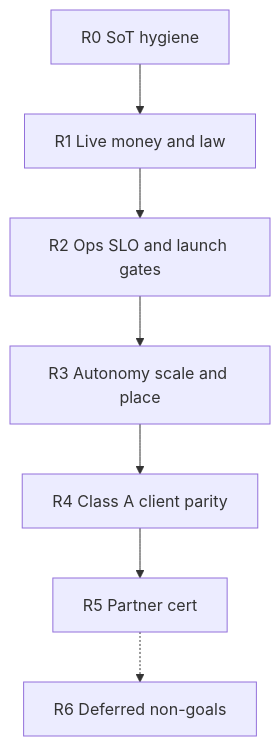
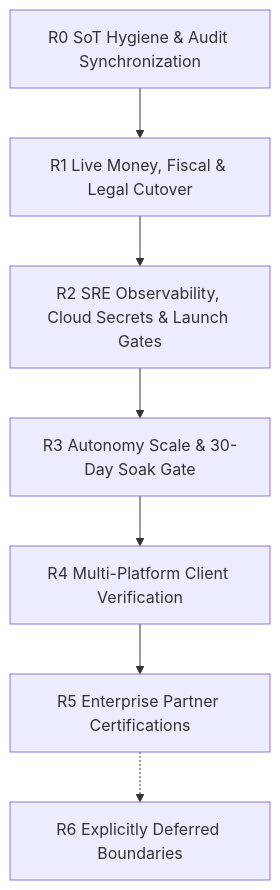
Before and after one commit to CYBERSTALKER07/ATOMOS: the diagram in pegasusX/docs/PROD_READINESS_SEQUENCE.md, drawn with Mermaid. The commit also changed other lines of this file and 463 other files, not shown here.

````diff
--- a/pegasusX/docs/PROD_READINESS_SEQUENCE.md
+++ b/pegasusX/docs/PROD_READINESS_SEQUENCE.md
@@ -11,13 +17,13 @@
 ```mermaid
 flowchart TD
-  R0[R0 SoT hygiene]
-  R1[R1 Live money and law]
-  R2[R2 Ops SLO and launch gates]
-  R3[R3 Autonomy scale and place]
-  R4[R4 Class A client parity]
-  R5[R5 Partner cert]
-  R6[R6 Deferred non-goals]
+  R0[R0 SoT Hygiene & Audit Synchronization]
+  R1[R1 Live Money, Fiscal & Legal Cutover]
+  R2[R2 SRE Observability, Cloud Secrets & Launch Gates]
+  R3[R3 Autonomy Scale & 30-Day Soak Gate]
+  R4[R4 Multi-Platform Client Verification]
+  R5[R5 Enterprise Partner Certifications]
+  R6[R6 Explicitly Deferred Boundaries]
 
   R0 --> R1 --> R2 --> R3 --> R4 --> R5
   R5 -.-> R6
 ```
````
